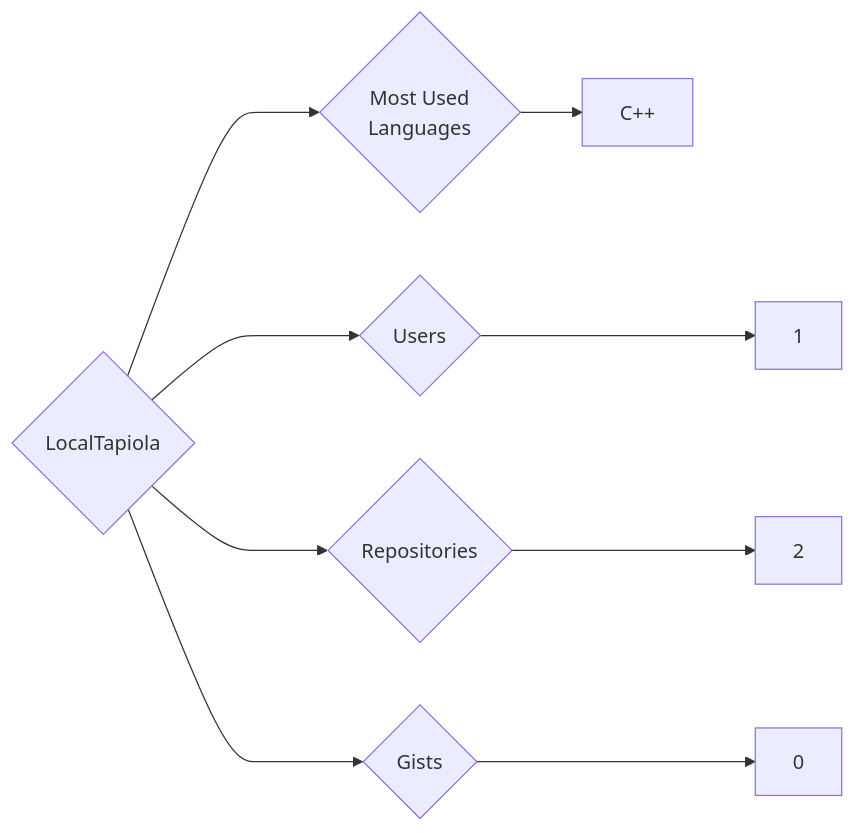
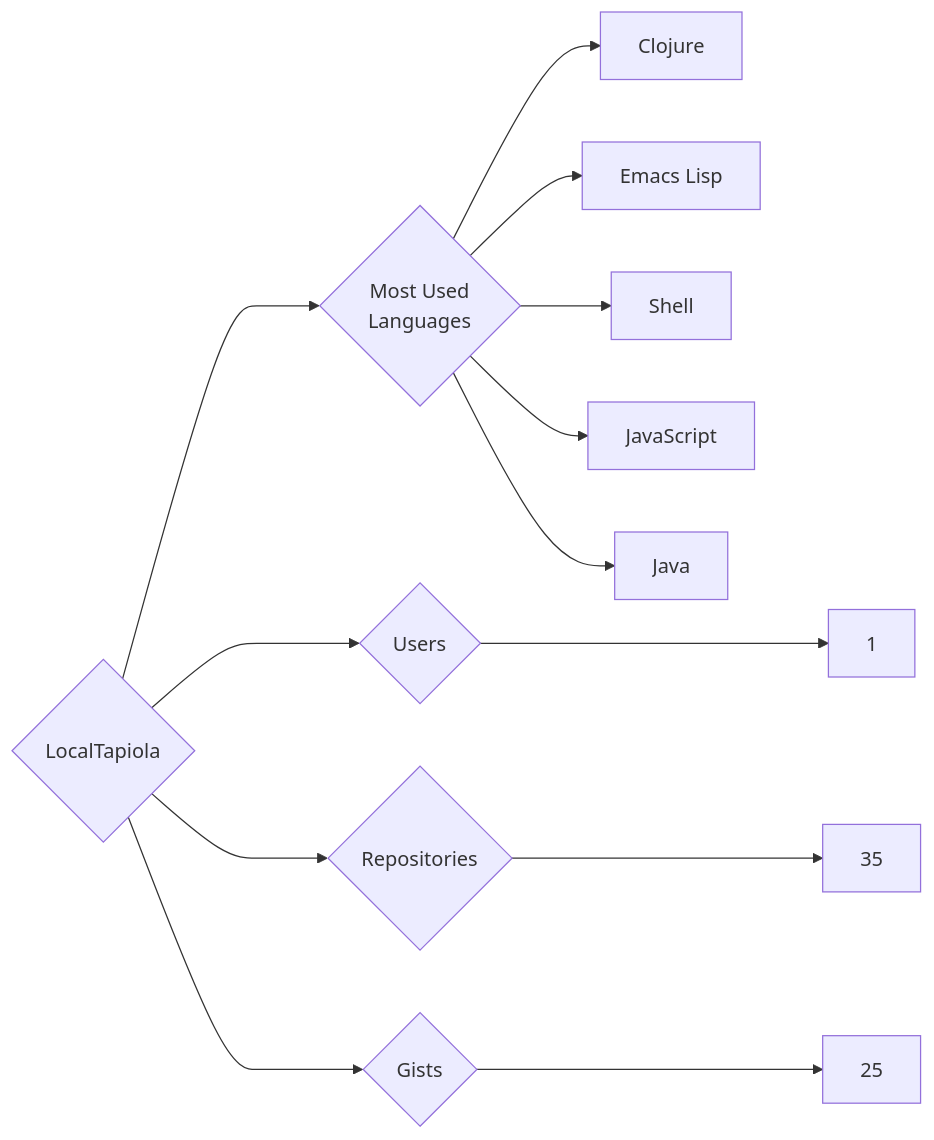
One commit to trickest/insiders changed the diagram in targets/LocalTapiola/README.md. Above: the diagram before and after it, drawn with Mermaid. The commit also changed 1508 other files, not shown here.

````diff
--- a/targets/LocalTapiola/README.md
+++ b/targets/LocalTapiola/README.md
@@ -3,9 +3,13 @@
 ```mermaid
 graph LR
 COMPANY_NAME{LocalTapiola}
 COMPANY_NAME ---> U{Users} ---> UN[1]
-COMPANY_NAME ---> R{Repositories} ---> RN[2]
-COMPANY_NAME ---> G{Gists} ---> GN[0]
+COMPANY_NAME ---> R{Repositories} ---> RN[35]
+COMPANY_NAME ---> G{Gists} ---> GN[25]
 COMPANY_NAME ---> ML{Most Used<br>Languages}
-ML --> C++[C++]
+ML --> Clojure[Clojure]
+ML --> Emacs_Lisp[Emacs Lisp]
+ML --> Shell[Shell]
+ML --> JavaScript[JavaScript]
+ML --> Java[Java]
 ```
````
